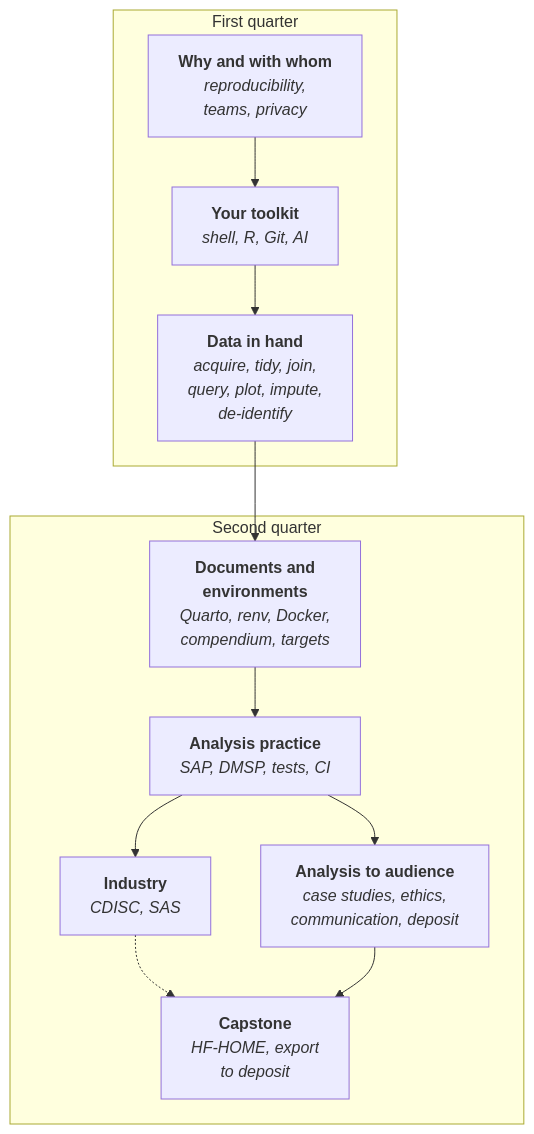
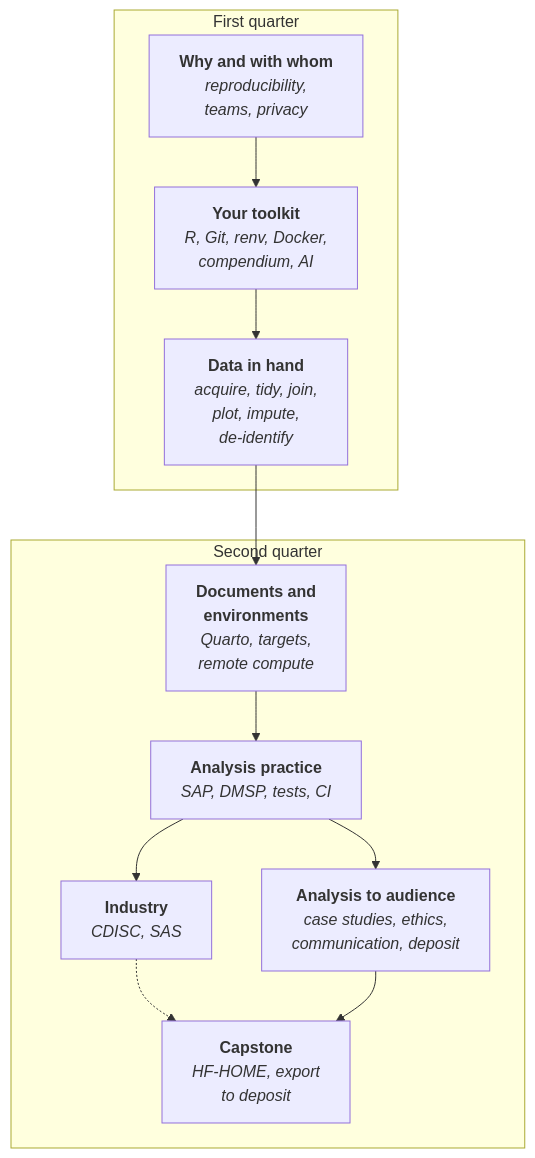
One commit to rgt47/practicum changed the diagram in analysis/report/00-intro.qmd. Above: the diagram before and after it, drawn with Mermaid. The commit also changed other lines of this file and 32 other files, not shown here.

First line of the commit message:
Move renv, Docker, and the compendium into the first quarter

````diff
--- a/analysis/report/00-intro.qmd
+++ b/analysis/report/00-intro.qmd
@@ -102,34 +106,35 @@
 ```{mermaid}
 %%| echo: false
 %%| label: fig-book-map
 %%| fig-alt: "Flowchart of the book's eight parts in two groups,
 %%|   one per quarter. In the first quarter, Why and with whom leads
 %%|   to Your toolkit, which leads to Data in hand. Data in hand
 %%|   leads into the second quarter at Documents and environments,
 %%|   which leads to Analysis practice. Analysis practice branches
 %%|   to Industry and to Analysis to audience, and both converge on
 %%|   the Capstone."
 %%| fig-cap: "The eight parts of the book and what each depends on.
-%%|   The first quarter ends with a dataset you can trust; the
-%%|   second makes the analysis of it rebuildable, defensible, and
+%%|   The first quarter sets up a project that rebuilds on another
+%%|   machine and ends with a dataset you can trust; the second
+%%|   makes the analysis of it a document, defensible, and
 %%|   readable. Industry is a branch that the capstone draws on but
 %%|   does not require; everything else feeds the capstone directly."
 flowchart TD
   subgraph Q1["First quarter"]
     P1["<b>Why and with whom</b><br/><i>reproducibility,<br/>teams, privacy</i>"]
-    P2["<b>Your toolkit</b><br/><i>shell, R, Git, AI</i>"]
-    P3["<b>Data in hand</b><br/><i>acquire, tidy, join,<br/>query, plot, impute,<br/>de-identify</i>"]
+    P2["<b>Your toolkit</b><br/><i>R, Git, renv, Docker,<br/>compendium, AI</i>"]
+    P3["<b>Data in hand</b><br/><i>acquire, tidy, join,<br/>plot, impute,<br/>de-identify</i>"]
   end
   subgraph Q2["Second quarter"]
-    P4["<b>Documents and<br/>environments</b><br/><i>Quarto, renv, Docker,<br/>compendium, targets</i>"]
+    P4["<b>Documents and<br/>environments</b><br/><i>Quarto, targets,<br/>remote compute</i>"]
     P5["<b>Analysis practice</b><br/><i>SAP, DMSP, tests, CI</i>"]
     P6["<b>Industry</b><br/><i>CDISC, SAS</i>"]
     P7["<b>Analysis to audience</b><br/><i>case studies, ethics,<br/>communication, deposit</i>"]
     P8["<b>Capstone</b><br/><i>HF-HOME, export<br/>to deposit</i>"]
   end
   P1 --> P2 --> P3 --> P4 --> P5
   P5 --> P6
   P5 --> P7
   P6 -.-> P8
   P7 --> P8
 ```
````
